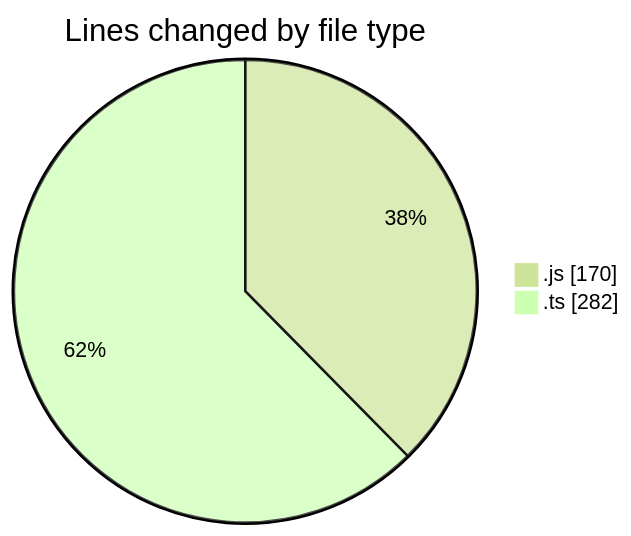
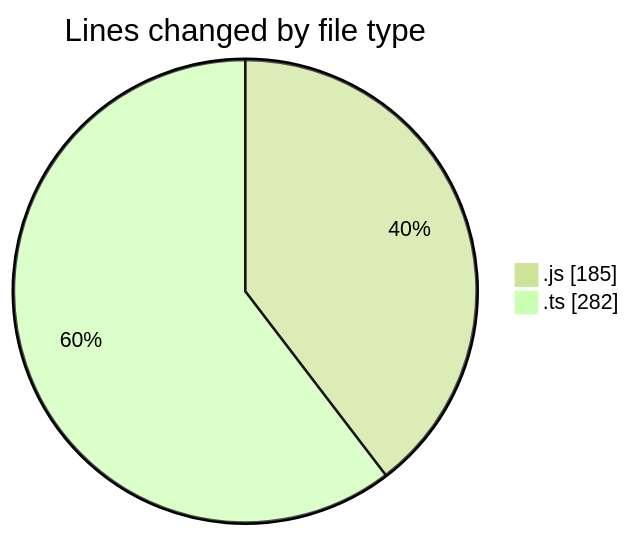
One commit to momahboobian/code-tracking changed the first of 2 diagrams in 2025-05-29/cda/README.md. Above: the diagram before and after it, drawn with Mermaid (forest theme). The commit also changed other lines of this file and 1 other file, not shown here.

````diff
--- a/2025-05-29/cda/README.md
+++ b/2025-05-29/cda/README.md
@@ -21,6 +21,6 @@
 ```mermaid
 pie showData
 title Lines changed by file type
-".js" : 170
+".js" : 185
 ".ts" : 282
 ```
````
